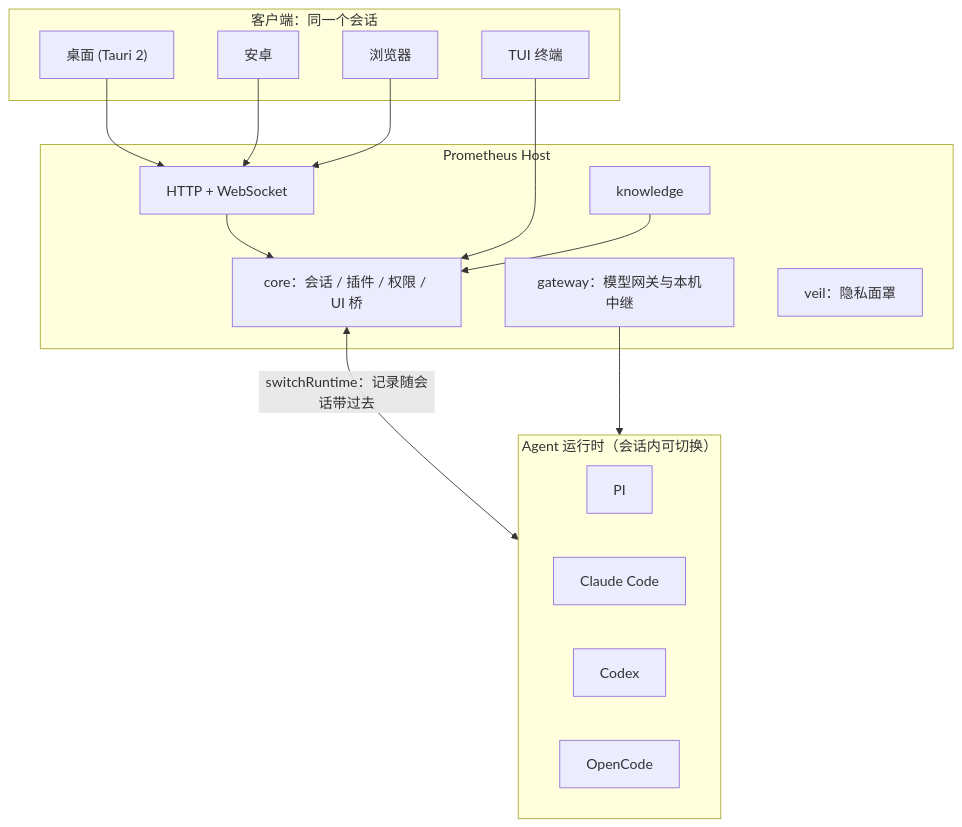
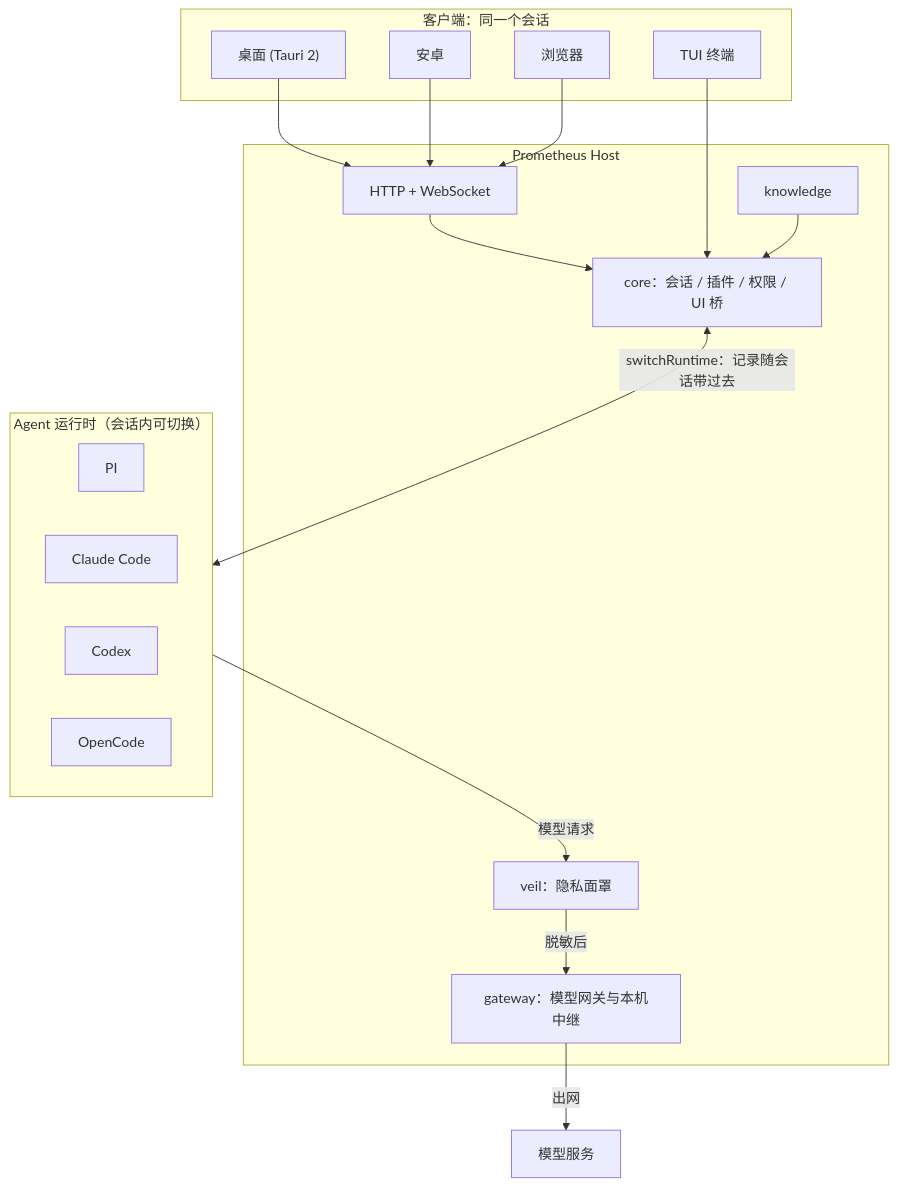
One commit to Mouseww/Prometheus changed the diagram in README.md. Above: the diagram before and after it, drawn with Mermaid.

Commit message:
docs(readme): place veil on the outbound request path in the diagram

````diff
--- a/README.md
+++ b/README.md
@@ -80,27 +80,30 @@
 ```mermaid
 flowchart TB
   subgraph Clients["客户端：同一个会话"]
     TUI["TUI 终端"]
     Desktop["桌面 (Tauri 2)"]
     Android["安卓"]
     Browser["浏览器"]
   end
   subgraph Host["Prometheus Host"]
     WS["HTTP + WebSocket"]
     Core["core：会话 / 插件 / 权限 / UI 桥"]
     GW["gateway：模型网关与本机中继"]
     KB["knowledge"]
     Veil["veil：隐私面罩"]
   end
+  Model["模型服务"]
   subgraph Runtimes["Agent 运行时（会话内可切换）"]
     PI["PI"]
     CC["Claude Code"]
     CX["Codex"]
     OC["OpenCode"]
   end
   Desktop & Android & Browser --> WS --> Core
   TUI --> Core
   Core <-->|"switchRuntime：记录随会话带过去"| Runtimes
-  GW --> Runtimes
+  Runtimes -->|"模型请求"| Veil
+  Veil -->|"脱敏后"| GW
+  GW -->|"出网"| Model
   KB --> Core
 ```
````
